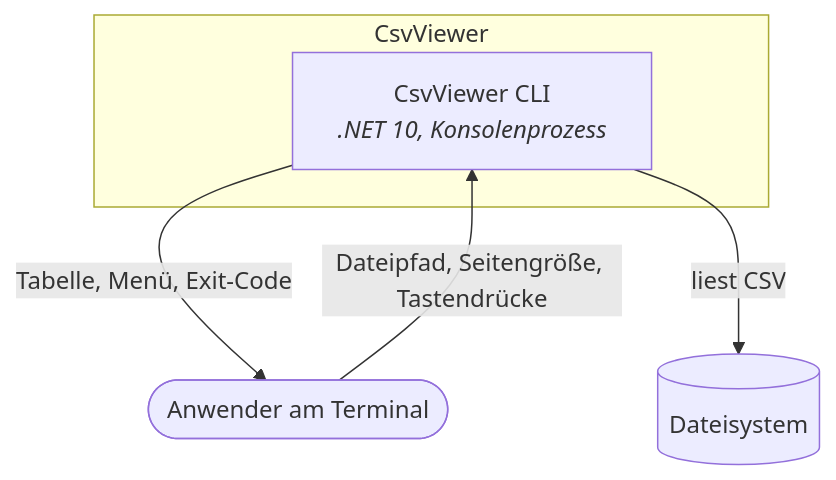
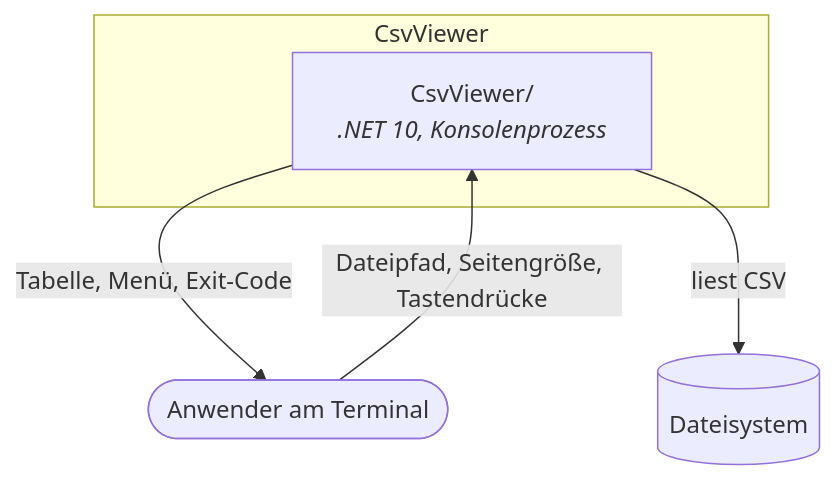
The first of 2 diagrams in Architektur-Karte.md (stho32/CCD-csvviewer-2026), drawn with Mermaid before and after one commit. The commit also changed other lines of this file and 14 other files, not shown here.

````diff
--- a/Architektur-Karte.md
+++ b/Architektur-Karte.md
@@ -44,9 +64,9 @@
 ```mermaid
 flowchart TB
   subgraph S["CsvViewer"]
-    A00002["CsvViewer CLI<br/><i>.NET 10, Konsolenprozess</i>"]
+    A00002["CsvViewer/<br/><i>.NET 10, Konsolenprozess</i>"]
   end
   Anwender(["Anwender am Terminal"]) -- "Dateipfad, Seitengröße, Tastendrücke" --> A00002
   A00002 -- "Tabelle, Menü, Exit-Code" --> Anwender
   A00002 -- "liest CSV" --> FS[("Dateisystem")]
 ```
````
